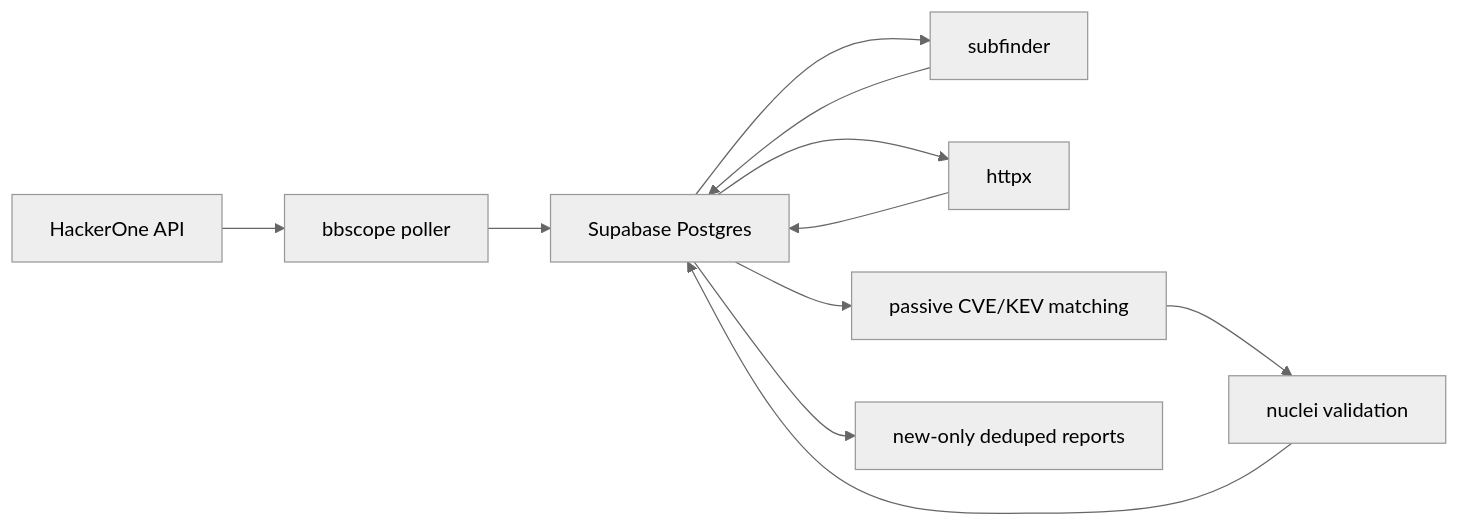
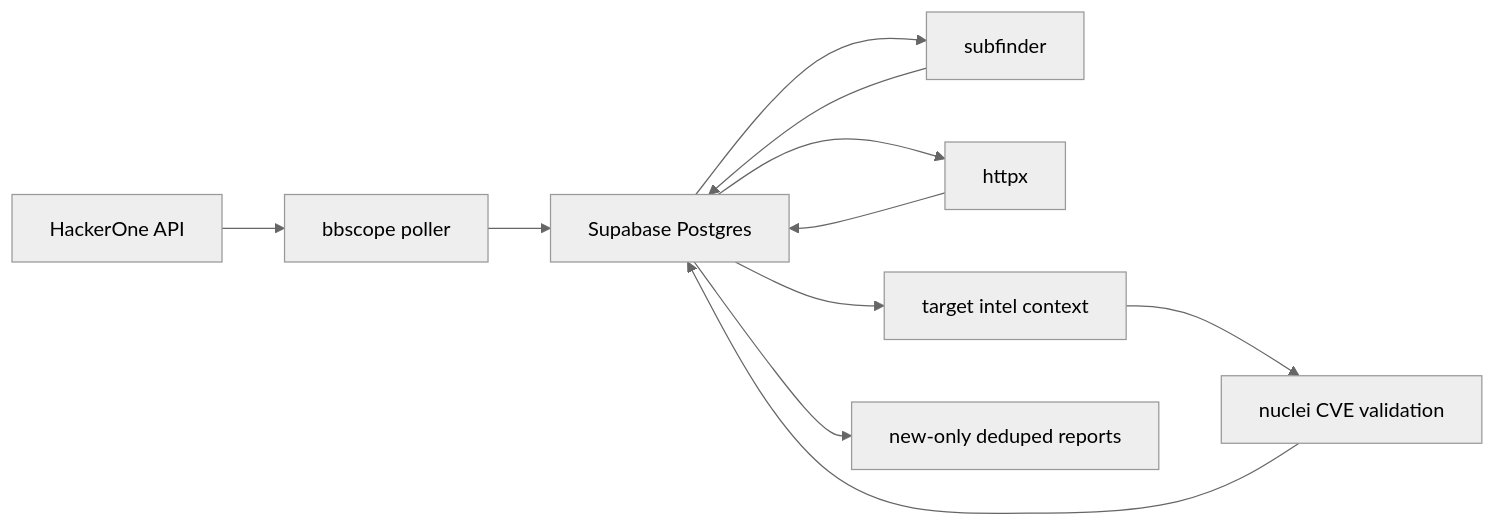
Before and after one commit to rafabd1/ZERO: the diagram in docs/ARCHITECTURE.md, drawn with Mermaid (neutral theme). The commit also changed other lines of this file and 22 other files, not shown here.

````diff
--- a/docs/ARCHITECTURE.md
+++ b/docs/ARCHITECTURE.md
@@ -5,13 +5,13 @@
 ```mermaid
 flowchart LR
   H1["HackerOne API"] --> BBS["bbscope poller"]
   BBS --> DB["Supabase Postgres"]
   DB --> SF["subfinder"]
   SF --> DB
   DB --> HX["httpx"]
   HX --> DB
-  DB --> INTEL["passive CVE/KEV matching"]
-  INTEL --> NUCLEI["nuclei validation"]
+  DB --> INTEL["target intel context"]
+  INTEL --> NUCLEI["nuclei CVE validation"]
   NUCLEI --> DB
   DB --> REPORT["new-only deduped reports"]
 ```
````
